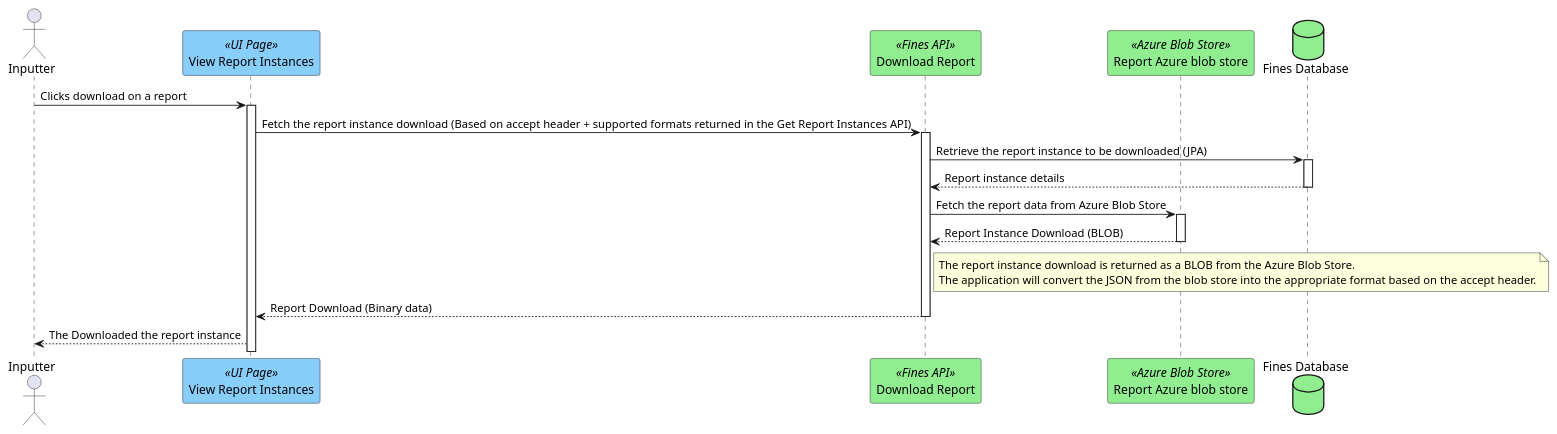
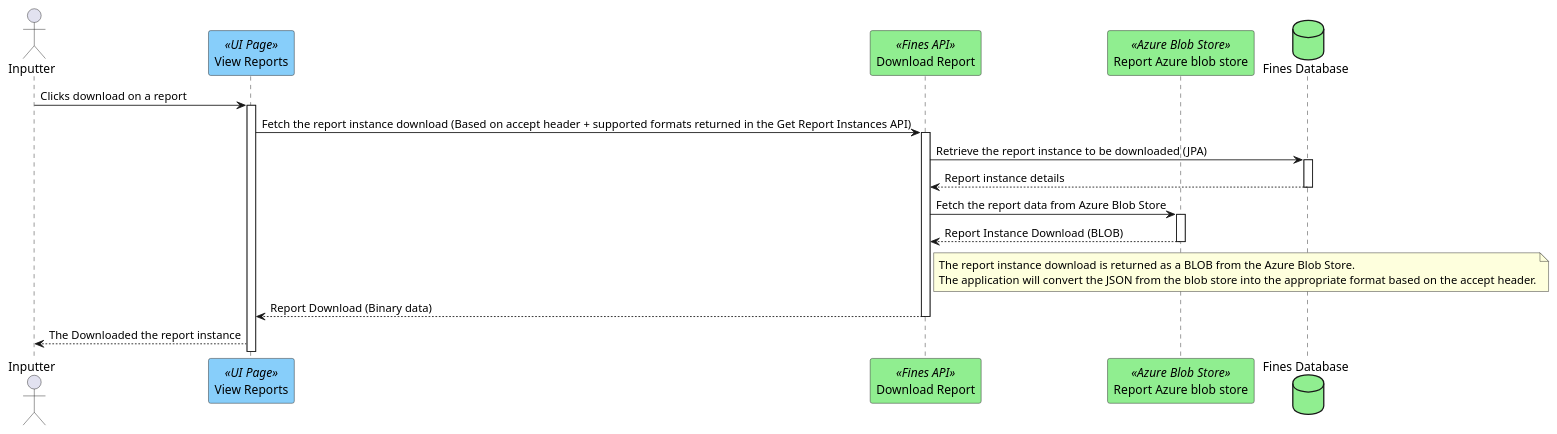
One commit to hmcts/opal-docs changed the diagram in plantUML/fae-reports/fae-download_reports_instance.puml. Above: the diagram before and after it, drawn with PlantUML. The commit also changed 5 other files, not shown here.

```diff
--- a/plantUML/fae-reports/fae-download_reports_instance.puml
+++ b/plantUML/fae-reports/fae-download_reports_instance.puml
@@ -1,21 +1,21 @@
 @startuml
 actor "Inputter" as user
-participant "View Report Instances" as viewReportsInstances <<UI Page>> #lightskyblue
+participant "View Reports" as viewReportsInstances <<UI Page>> #lightskyblue
 participant "Download Report" as getReportInstanceDownload <<Fines API>> #lightgreen
 participant "Report Azure blob store" as reportBlobStore <<Azure Blob Store>> #lightgreen
 database "Fines Database" as db #lightgreen
 
 user -> viewReportsInstances ++: Clicks download on a report
 viewReportsInstances -> getReportInstanceDownload ++ : Fetch the report instance download (Based on accept header + supported formats returned in the Get Report Instances API)
 getReportInstanceDownload -> db ++ : Retrieve the report instance to be downloaded (JPA)
 getReportInstanceDownload <-- db -- : Report instance details
 getReportInstanceDownload -> reportBlobStore ++ : Fetch the report data from Azure Blob Store
 getReportInstanceDownload <-- reportBlobStore -- : Report Instance Download (BLOB)
 note right of getReportInstanceDownload
 The report instance download is returned as a BLOB from the Azure Blob Store.
 The application will convert the JSON from the blob store into the appropriate format based on the accept header.
 end note
 viewReportsInstances <-- getReportInstanceDownload -- : Report Download (Binary data)
 user <-- viewReportsInstances: The Downloaded the report instance
 
 @enduml
```
